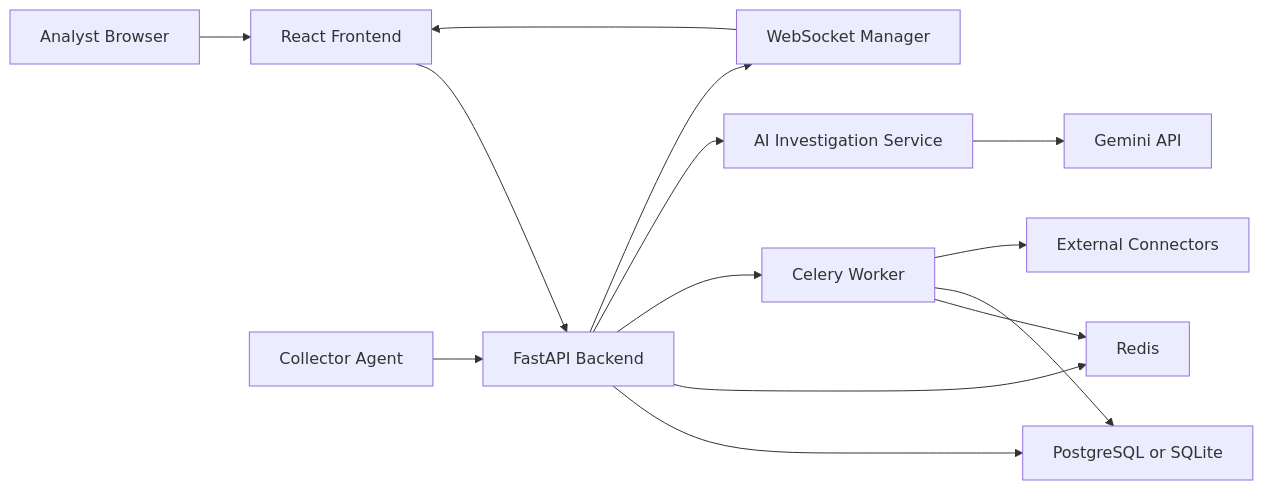
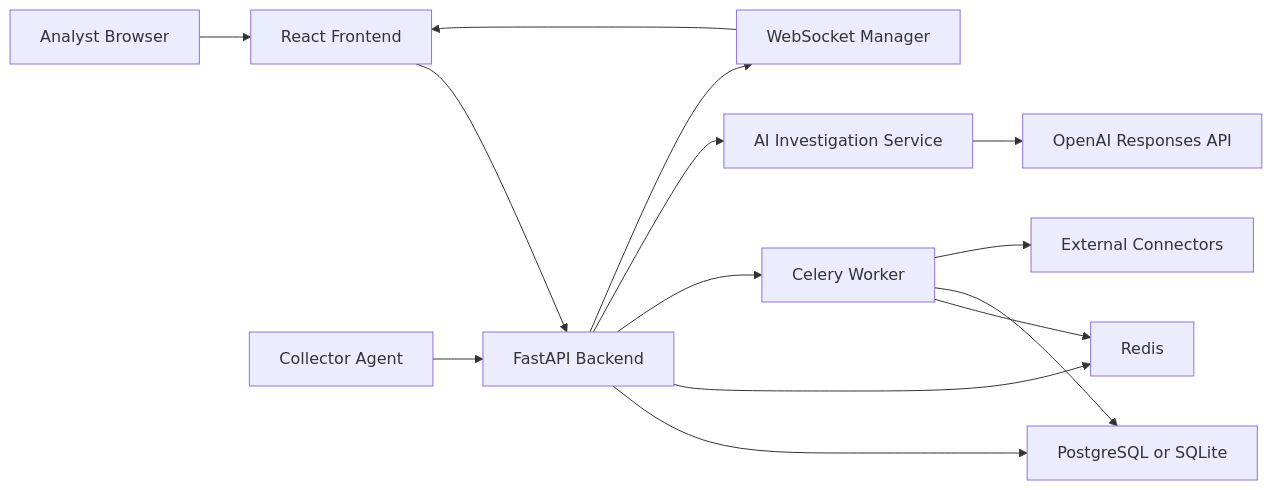
Before and after one commit to ShkS44D/Socluma: the first of 3 diagrams in ARCHITECTURE.md, drawn with Mermaid. The commit also changed other lines of this file and 28 other files, not shown here.

Commit message:
Replace Gemini integration with OpenAI Incident Copilot

````diff
--- a/ARCHITECTURE.md
+++ b/ARCHITECTURE.md
@@ -16,16 +16,16 @@
 ```mermaid
 flowchart LR
     Analyst["Analyst Browser"] --> Frontend["React Frontend"]
     Frontend --> API["FastAPI Backend"]
     Collector["Collector Agent"] --> API
     API --> DB["PostgreSQL or SQLite"]
     API --> Redis["Redis"]
     API --> Worker["Celery Worker"]
     Worker --> Redis
     Worker --> DB
     Worker --> Integrations["External Connectors"]
     API --> AI["AI Investigation Service"]
-    AI --> Gemini["Gemini API"]
+    AI --> OpenAI["OpenAI Responses API"]
     API --> WS["WebSocket Manager"]
     WS --> Frontend
 ```
````
